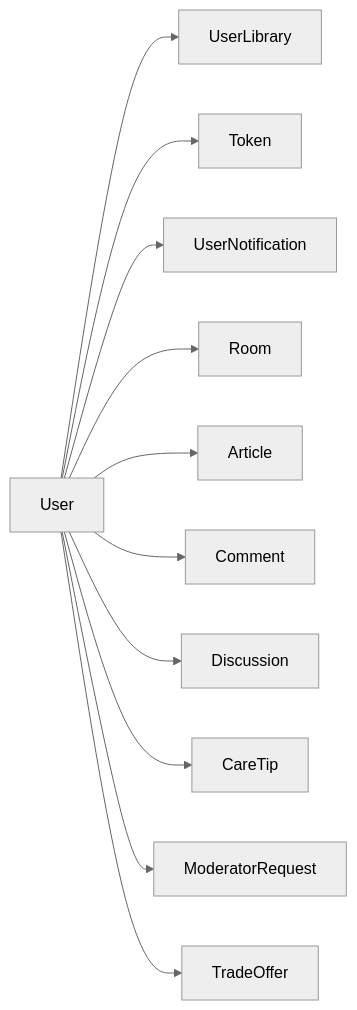
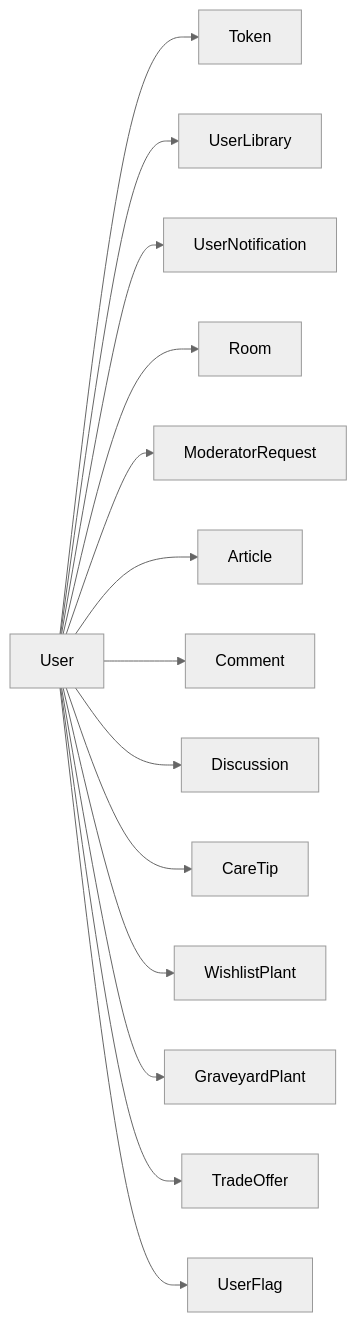
The second of 6 diagrams in MODELS.md (Radoslaw-Wolnik/plants-wiki), drawn with Mermaid (neutral theme) before and after one commit. The commit also changed other lines of this file, not shown here.

````diff
--- a/MODELS.md
+++ b/MODELS.md
@@ -216,13 +99,16 @@
 ```mermaid
 graph LR
+    User --> Token
     User --> UserLibrary
-    User --> Token
     User --> UserNotification
     User --> Room
+    User --> ModeratorRequest
     User --> Article
     User --> Comment
     User --> Discussion
     User --> CareTip
-    User --> ModeratorRequest
+    User --> WishlistPlant
+    User --> GraveyardPlant
     User --> TradeOffer
+    User --> UserFlag
 ```
````
